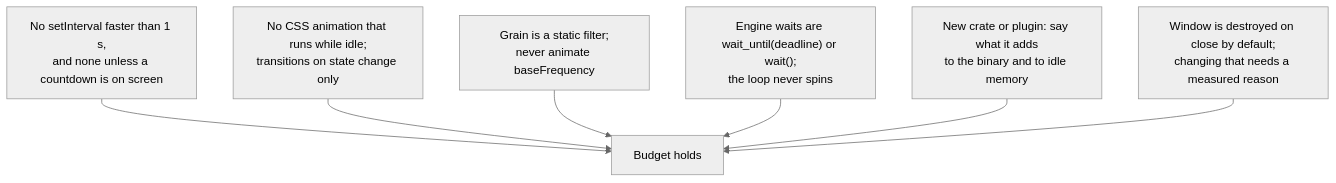
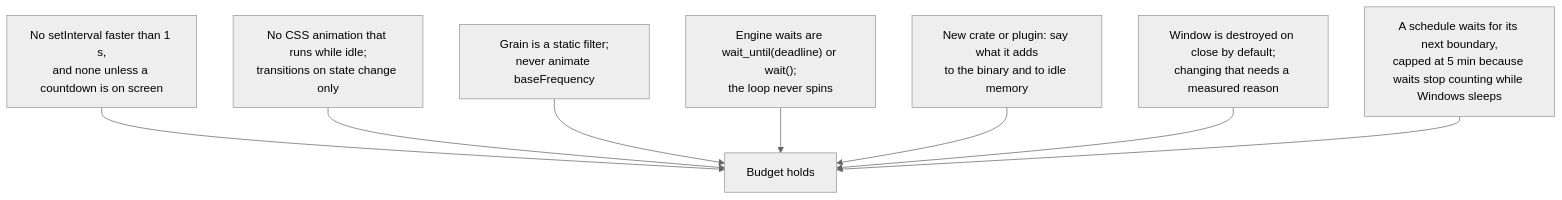
The diagram in docs/resource-budget.md (ax5hay/KeepMeAwake), drawn with Mermaid (neutral theme) before and after one commit. The commit also changed other lines of this file and 4 other files, not shown here.

````diff
--- a/docs/resource-budget.md
+++ b/docs/resource-budget.md
@@ -38,9 +39,10 @@
 ```mermaid
 flowchart TD
     A["No setInterval faster than 1 s,<br/>and none unless a countdown is on screen"] --> keep["Budget holds"]
     B["No CSS animation that runs while idle;<br/>transitions on state change only"] --> keep
     C["Grain is a static filter;<br/>never animate baseFrequency"] --> keep
     D["Engine waits are wait_until(deadline) or wait();<br/>the loop never spins"] --> keep
     E["New crate or plugin: say what it adds<br/>to the binary and to idle memory"] --> keep
     F["Window is destroyed on close by default;<br/>changing that needs a measured reason"] --> keep
+    G["A schedule waits for its next boundary,<br/>capped at 5 min because waits stop counting while Windows sleeps"] --> keep
 ```
````
